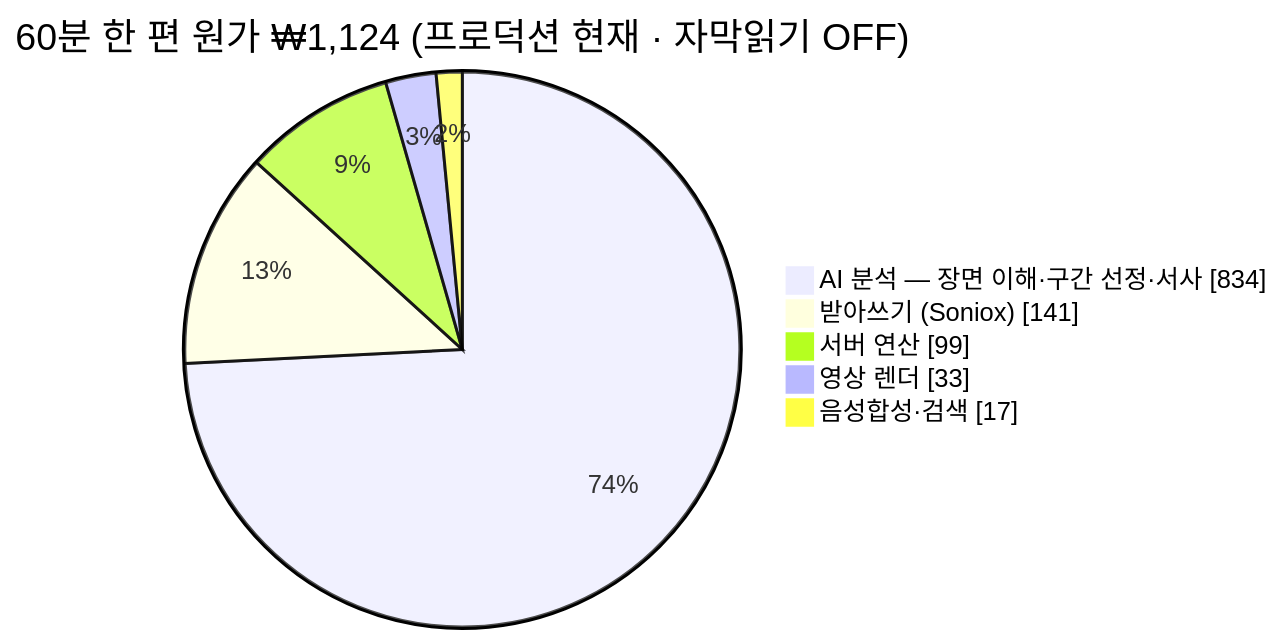
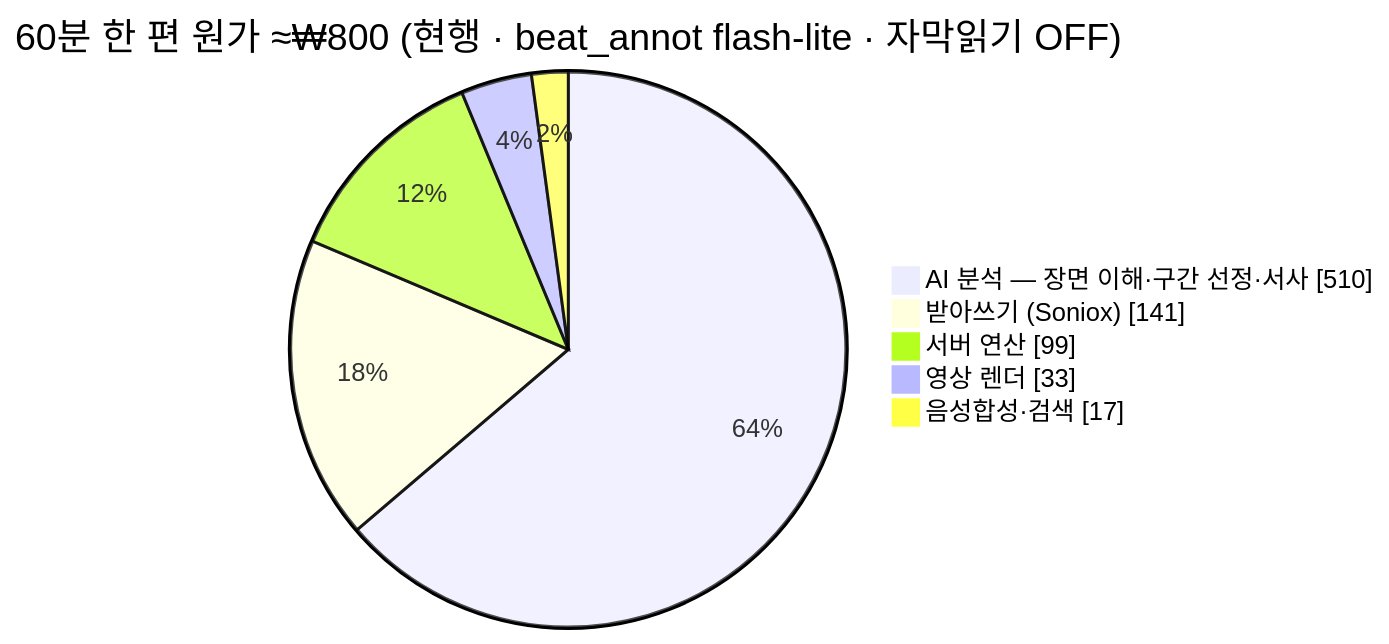
One commit to STEP-AI-organization/STEP-D-V2 changed the third of 5 diagrams in docs/ops/how-it-works.md. Above: the diagram before and after it, drawn with Mermaid. The commit also changed other lines of this file and 17 other files, not shown here.

First line of the commit message:
docs: 원가 인용을 flash-lite(마진 ~51%)로 갱신 + 구현완료 리서치 6개 정리

````diff
--- a/docs/ops/how-it-works.md
+++ b/docs/ops/how-it-works.md
@@ -103,9 +108,9 @@
 ```mermaid
 pie showData
-    title 60분 한 편 원가 ₩1,124 (프로덕션 현재 · 자막읽기 OFF)
-    "AI 분석 — 장면 이해·구간 선정·서사" : 834
+    title 60분 한 편 원가 ≈₩800 (현행 · beat_annot flash-lite · 자막읽기 OFF)
+    "AI 분석 — 장면 이해·구간 선정·서사" : 510
     "받아쓰기 (Soniox)" : 141
     "서버 연산" : 99
     "영상 렌더" : 33
     "음성합성·검색" : 17
 ```
````
